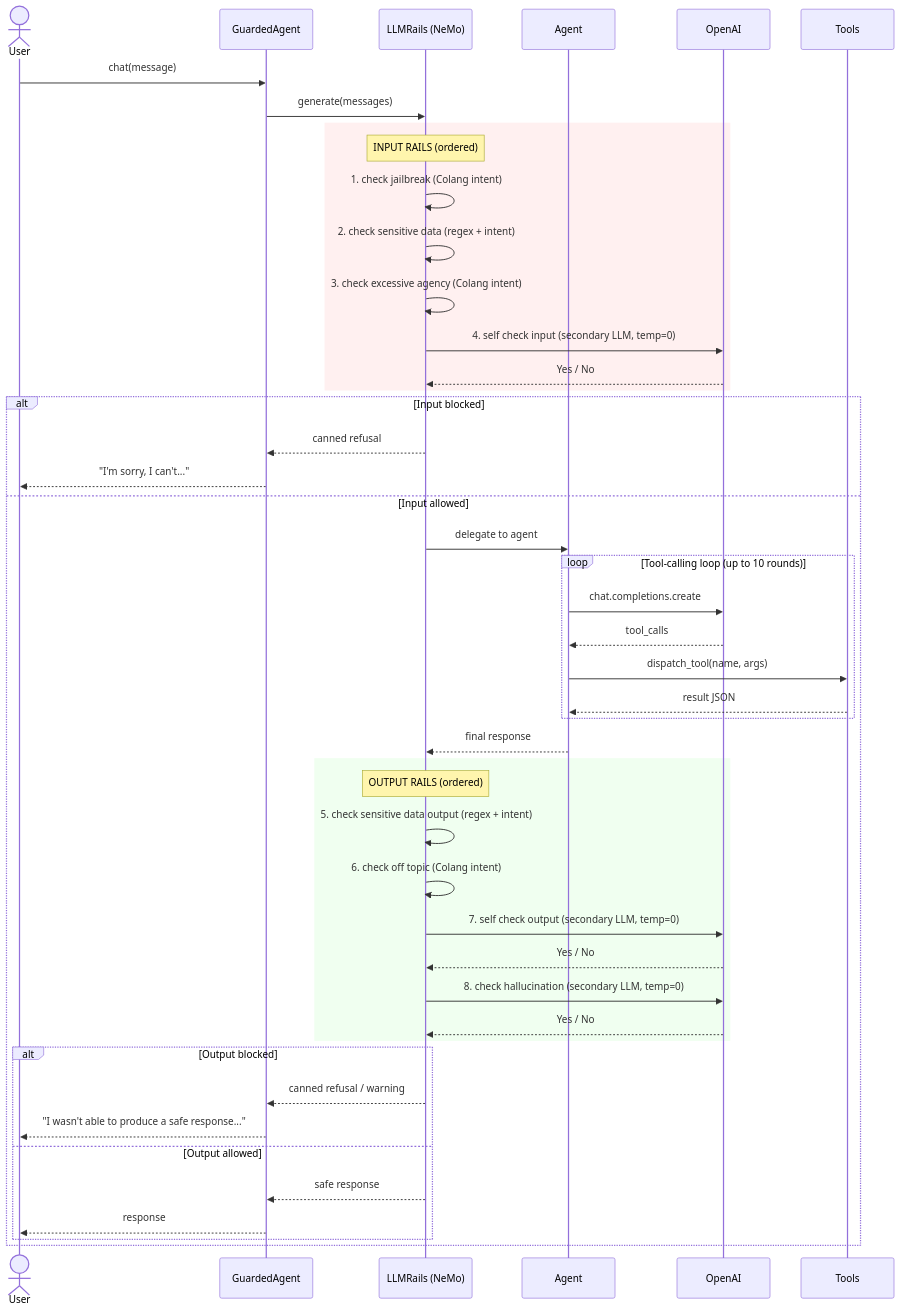
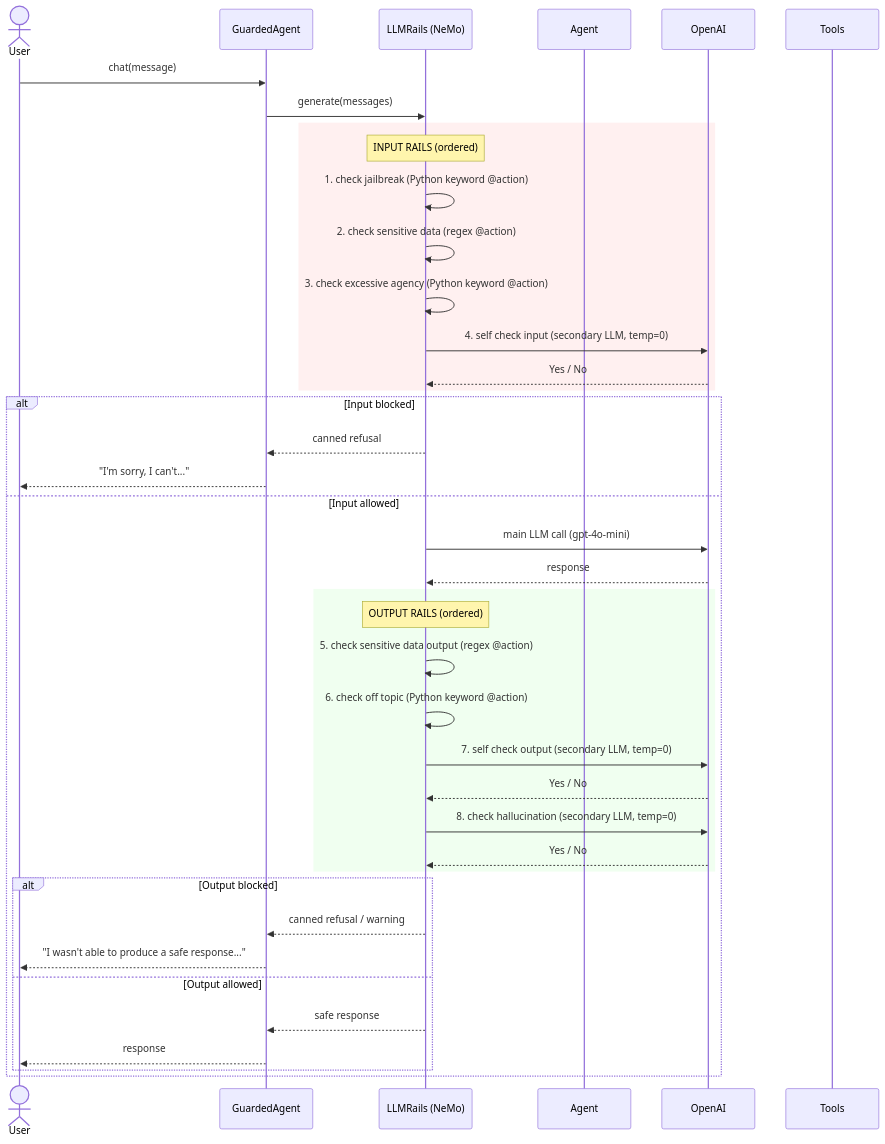
The second of 9 diagrams in README.md (repson/nemo-guardrails-poc), drawn with Mermaid before and after one commit. The commit also changed other lines of this file and 6 other files, not shown here.

````diff
--- a/README.md
+++ b/README.md
@@ -134,53 +134,47 @@
 ```mermaid
 sequenceDiagram
     actor User
     participant GA as GuardedAgent
     participant NeMo as LLMRails (NeMo)
     participant Agent
     participant OpenAI
     participant Tools
 
     User->>GA: chat(message)
     GA->>NeMo: generate(messages)
 
     rect rgb(255, 240, 240)
         Note over NeMo: INPUT RAILS (ordered)
-        NeMo->>NeMo: 1. check jailbreak (Colang intent)
-        NeMo->>NeMo: 2. check sensitive data (regex + intent)
-        NeMo->>NeMo: 3. check excessive agency (Colang intent)
+        NeMo->>NeMo: 1. check jailbreak (Python keyword @action)
+        NeMo->>NeMo: 2. check sensitive data (regex @action)
+        NeMo->>NeMo: 3. check excessive agency (Python keyword @action)
         NeMo->>OpenAI: 4. self check input (secondary LLM, temp=0)
         OpenAI-->>NeMo: Yes / No
     end
 
     alt Input blocked
         NeMo-->>GA: canned refusal
         GA-->>User: "I'm sorry, I can't..."
     else Input allowed
-        NeMo->>Agent: delegate to agent
-        loop Tool-calling loop (up to 10 rounds)
-            Agent->>OpenAI: chat.completions.create
-            OpenAI-->>Agent: tool_calls
-            Agent->>Tools: dispatch_tool(name, args)
-            Tools-->>Agent: result JSON
-        end
-        Agent-->>NeMo: final response
+        NeMo->>OpenAI: main LLM call (gpt-4o-mini)
+        OpenAI-->>NeMo: response
 
         rect rgb(240, 255, 240)
             Note over NeMo: OUTPUT RAILS (ordered)
-            NeMo->>NeMo: 5. check sensitive data output (regex + intent)
-            NeMo->>NeMo: 6. check off topic (Colang intent)
+            NeMo->>NeMo: 5. check sensitive data output (regex @action)
+            NeMo->>NeMo: 6. check off topic (Python keyword @action)
             NeMo->>OpenAI: 7. self check output (secondary LLM, temp=0)
             OpenAI-->>NeMo: Yes / No
             NeMo->>OpenAI: 8. check hallucination (secondary LLM, temp=0)
             OpenAI-->>NeMo: Yes / No
         end
 
         alt Output blocked
             NeMo-->>GA: canned refusal / warning
             GA-->>User: "I wasn't able to produce a safe response..."
         else Output allowed
             NeMo-->>GA: safe response
             GA-->>User: response
         end
     end
 ```
````
